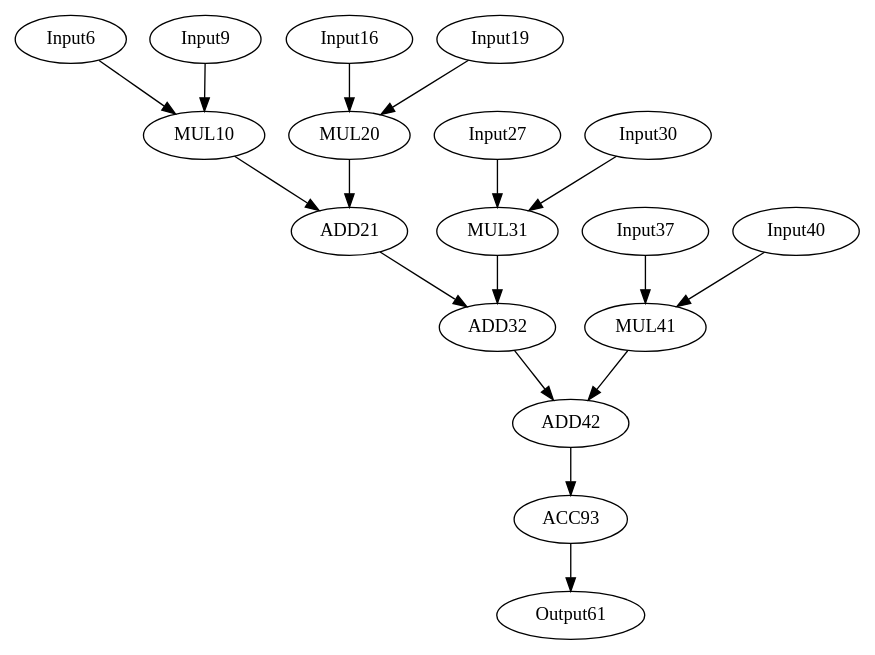
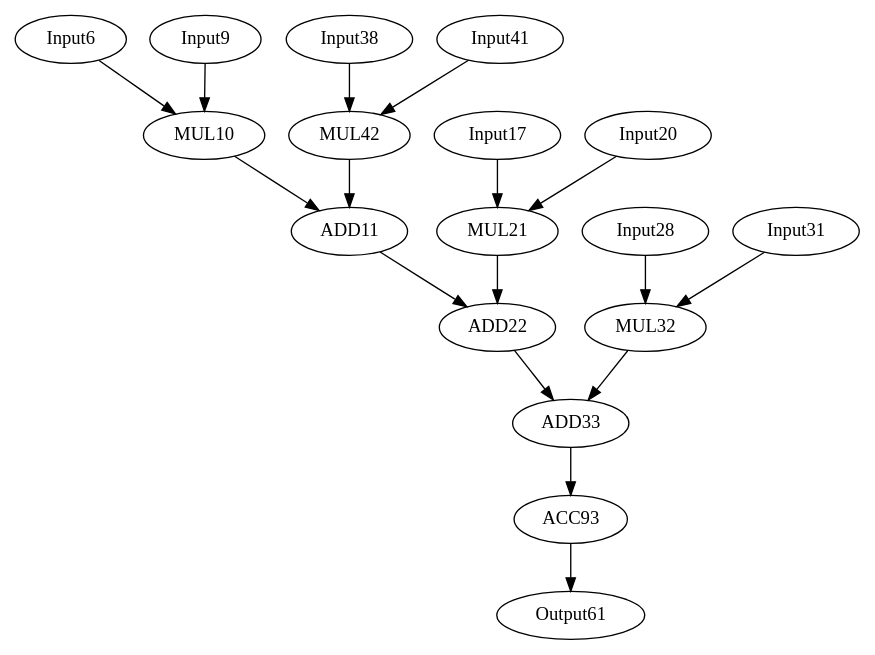
One commit to yhqiu16/FDRA changed the diagram in benchmarks/test4/gemm-ncubed_unroll4/affine.dot. Above: the diagram before and after it, drawn with Graphviz. The commit also changed 218 other files, not shown here.

```diff
--- a/benchmarks/test4/gemm-ncubed_unroll4/affine.dot
+++ b/benchmarks/test4/gemm-ncubed_unroll4/affine.dot
@@ -1,35 +1,35 @@
 Digraph G {
 Input6[opcode=input, ref_name="m1", size=4096, offset="0, 0", pattern="16, 8, -112, 32, 16, 32"];
 Input9[opcode=input, ref_name="m2", size=4096, offset="0, 0", pattern="512, 8, -3580, 32, -3708, 32"];
 MUL10[opcode=mul];
-Input16[opcode=input, ref_name="m1", size=4096, offset="0, 4", pattern="16, 8, -112, 32, 16, 32"];
-Input19[opcode=input, ref_name="m2", size=4096, offset="0, 128", pattern="512, 8, -3580, 32, -3708, 32"];
-MUL20[opcode=mul];
-ADD21[opcode=add];
-Input27[opcode=input, ref_name="m1", size=4096, offset="0, 8", pattern="16, 8, -112, 32, 16, 32"];
-Input30[opcode=input, ref_name="m2", size=4096, offset="0, 256", pattern="512, 8, -3580, 32, -3708, 32"];
-MUL31[opcode=mul];
-ADD32[opcode=add];
-Input37[opcode=input, ref_name="m1", size=4096, offset="0, 12", pattern="16, 8, -112, 32, 16, 32"];
-Input40[opcode=input, ref_name="m2", size=4096, offset="0, 384", pattern="512, 8, -3580, 32, -3708, 32"];
-MUL41[opcode=mul];
-ADD42[opcode=add];
+ADD11[opcode=add];
+Input17[opcode=input, ref_name="m1", size=4096, offset="0, 4", pattern="16, 8, -112, 32, 16, 32"];
+Input20[opcode=input, ref_name="m2", size=4096, offset="0, 128", pattern="512, 8, -3580, 32, -3708, 32"];
+MUL21[opcode=mul];
+ADD22[opcode=add];
+Input28[opcode=input, ref_name="m1", size=4096, offset="0, 8", pattern="16, 8, -112, 32, 16, 32"];
+Input31[opcode=input, ref_name="m2", size=4096, offset="0, 256", pattern="512, 8, -3580, 32, -3708, 32"];
+MUL32[opcode=mul];
+ADD33[opcode=add];
+Input38[opcode=input, ref_name="m1", size=4096, offset="0, 12", pattern="16, 8, -112, 32, 16, 32"];
+Input41[opcode=input, ref_name="m2", size=4096, offset="0, 384", pattern="512, 8, -3580, 32, -3708, 32"];
+MUL42[opcode=mul];
 Output61[opcode=output, ref_name="prod", size=4096, offset="0, 0", pattern="0, 8, 4, 32, 4, 32"];
 ACC93[opcode=acc, acc_params="0, 8, 1, 1024", acc_first=1];
 Input6->MUL10[operand=1];
 Input9->MUL10[operand=0];
-MUL10->ADD21[operand=1];
-Input16->MUL20[operand=1];
-Input19->MUL20[operand=0];
-MUL20->ADD21[operand=0];
-ADD21->ADD32[operand=1];
-Input27->MUL31[operand=1];
-Input30->MUL31[operand=0];
-MUL31->ADD32[operand=0];
-ADD32->ADD42[operand=1];
-Input37->MUL41[operand=1];
-Input40->MUL41[operand=0];
-MUL41->ADD42[operand=0];
-ADD42->ACC93[operand=0];
-ACC93->Output61[operand=2];
+MUL10->ADD11[operand=0];
+ADD11->ADD22[operand=1];
+Input17->MUL21[operand=1];
+Input20->MUL21[operand=0];
+MUL21->ADD22[operand=0];
+ADD22->ADD33[operand=1];
+Input28->MUL32[operand=1];
+Input31->MUL32[operand=0];
+MUL32->ADD33[operand=0];
+Input38->MUL42[operand=1];
+Input41->MUL42[operand=0];
+MUL42->ADD11[operand=1];
+ADD33->ACC93[operand=0];
+ACC93->Output61[operand=0];
 }
```
